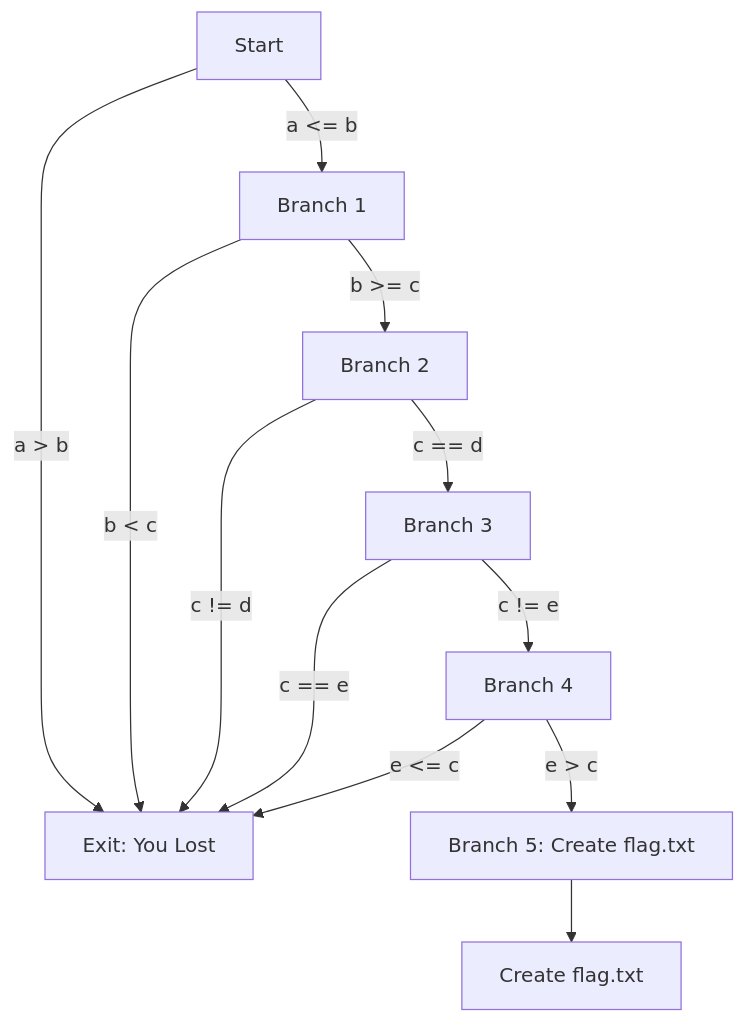
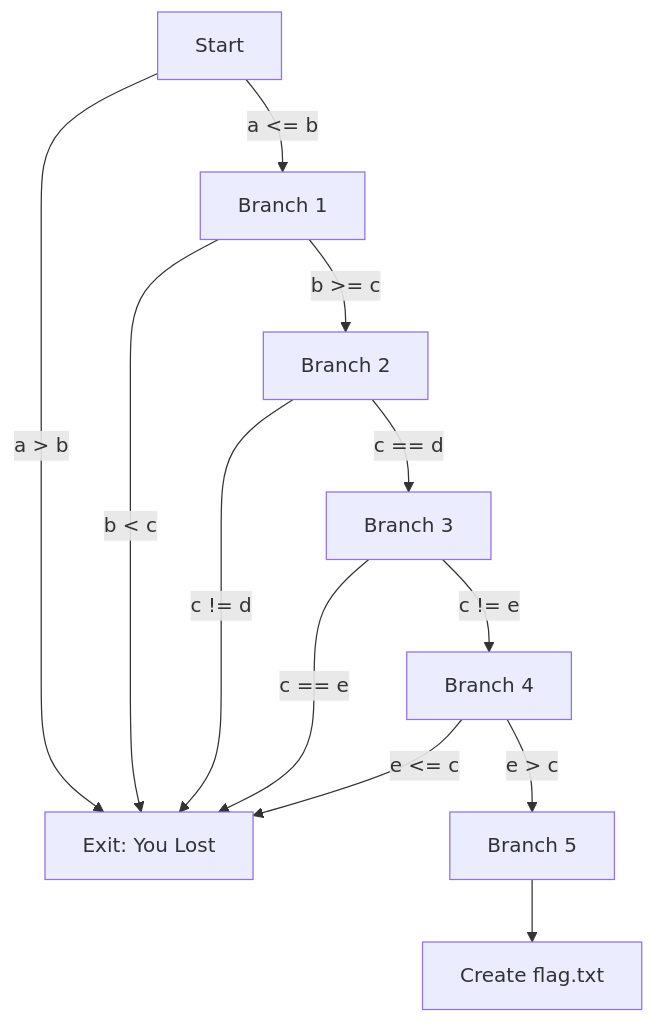
One commit to dbissell6/DFIR changed the diagram in Malware_Analysis_Basics.md. Above: the diagram before and after it, drawn with Mermaid.

````diff
--- a/Malware_Analysis_Basics.md
+++ b/Malware_Analysis_Basics.md
@@ -21,14 +21,14 @@
 ```mermaid
 graph TD;
     A[Start] -->|a <= b| B[Branch 1]
     A -->|a > b| X[Exit: You Lost]
     B -->|b >= c| C[Branch 2]
     B -->|b < c| X[Exit: You Lost 2]
     C -->|c == d| D[Branch 3]
     C -->|c != d| X[Exit: You Lost 3]
     D -->|c != e| E[Branch 4]
     D -->|c == e| X[Exit: You Lost 4]
-    E -->|e > c| F[Branch 5: Create flag.txt]
+    E -->|e > c| F[Branch 5]
     E -->|e <= c| X[Exit: You Lost]
     F --> G[Create flag.txt]
 ```
````
